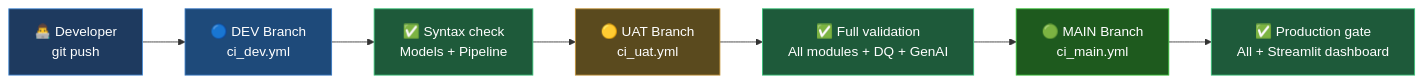
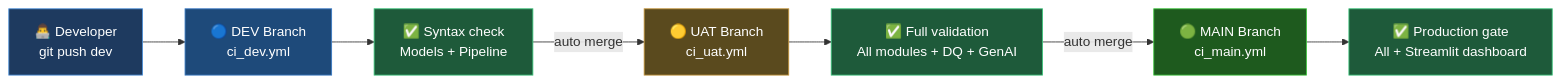
The second of 2 diagrams in README.md (dirumisra/aml-transaction-monitoring), drawn with Mermaid before and after one commit. The commit also changed other lines of this file, not shown here.

Commit message:
docs: document auto merge CI/CD pipeline — dev to UAT to MAIN

````diff
--- a/README.md
+++ b/README.md
@@ -124,20 +124,20 @@
 ```mermaid
 flowchart LR
-    A[👨‍💻 Developer\ngit push] --> B
+    A[👨‍💻 Developer\ngit push dev] --> B
 
     B[🔵 DEV Branch\nci_dev.yml] --> B1[✅ Syntax check\nModels + Pipeline]
-    B1 --> C
+    B1 -->|auto merge| C
 
     C[🟡 UAT Branch\nci_uat.yml] --> C1[✅ Full validation\nAll modules + DQ + GenAI]
-    C1 --> D
+    C1 -->|auto merge| D
 
     D[🟢 MAIN Branch\nci_main.yml] --> D1[✅ Production gate\nAll + Streamlit dashboard]
 
     style A fill:#1e3a5f,color:#ffffff,stroke:#4a90d9
     style B fill:#1e4a7a,color:#ffffff,stroke:#3a7ac4
     style B1 fill:#1e5a3a,color:#ffffff,stroke:#3ac47a
     style C fill:#5a4a1e,color:#ffffff,stroke:#c4943a
     style C1 fill:#1e5a3a,color:#ffffff,stroke:#3ac47a
     style D fill:#1e5a1e,color:#ffffff,stroke:#3ac43a
     style D1 fill:#1e5a3a,color:#ffffff,stroke:#3ac47a
 ```
````
